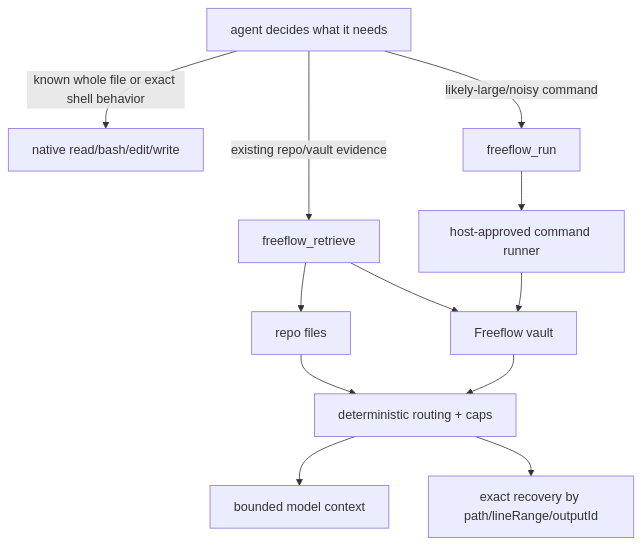
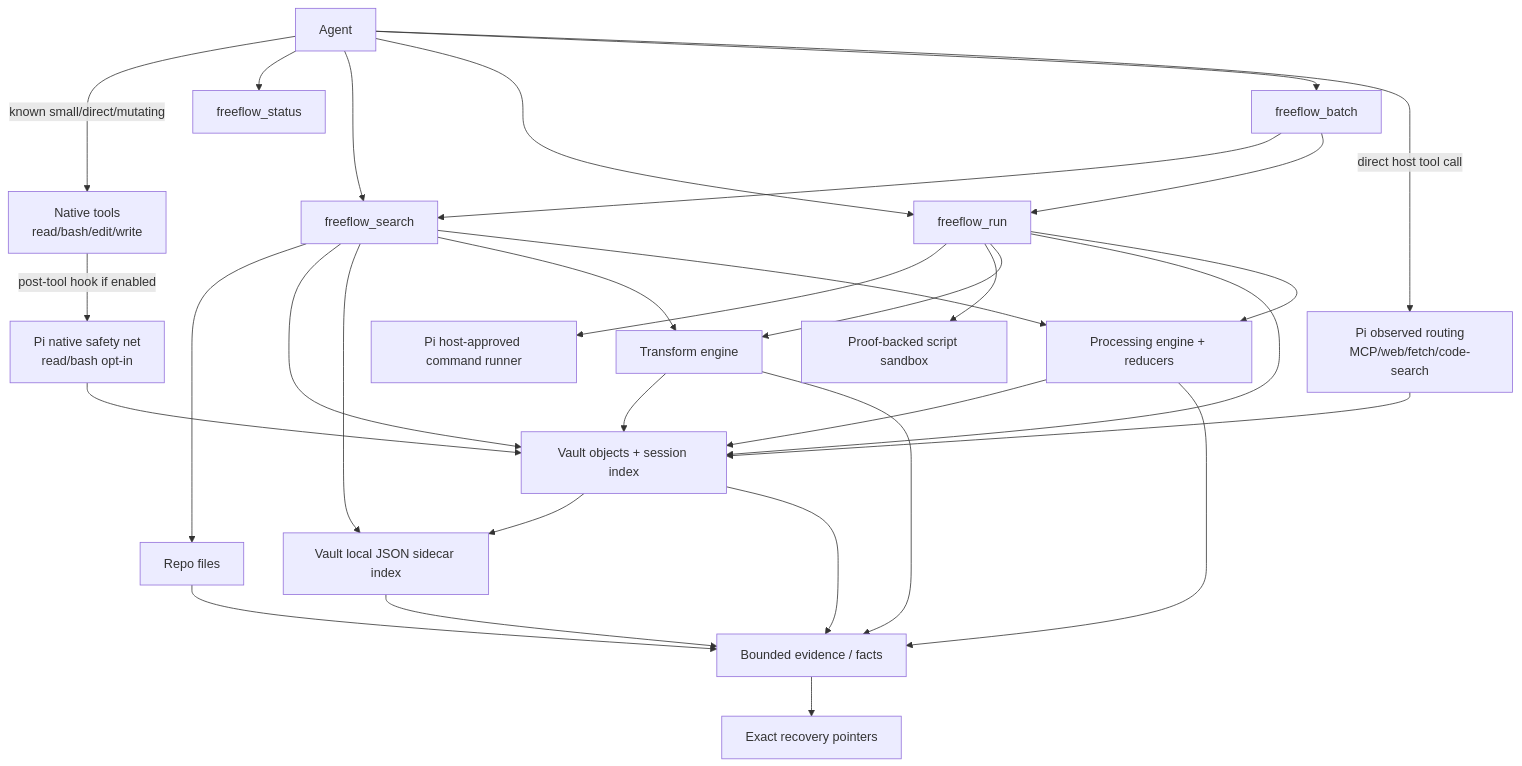
The first of 12 diagrams in docs/designs/freeflow-output-router-architecture.md (hassan-mohiddin/freeflow), drawn with Mermaid before and after one commit. The commit also changed other lines of this file and 28 other files, not shown here.

````diff
--- a/docs/designs/freeflow-output-router-architecture.md
+++ b/docs/designs/freeflow-output-router-architecture.md
@@ -201,25 +113,57 @@
 ```mermaid
 flowchart TD
-  Agent["agent decides what it needs"]
-  Native["native read/bash/edit/write"]
-  Retrieve["freeflow_retrieve"]
-  Run["freeflow_run"]
-  Repo["repo files"]
-  Vault["Freeflow vault"]
-  Runner["host-approved command runner"]
-  Router["deterministic routing + caps"]
-  Context["bounded model context"]
-  Recovery["exact recovery by path/lineRange/outputId"]
+  Agent[Agent]
+  Native[Native tools\nread/bash/edit/write]
+  Status[freeflow_status]
+  Search[freeflow_search]
+  Run[freeflow_run]
+  Batch[freeflow_batch]
+  Observed[Pi observed routing\nMCP/web/fetch/code-search]
+  Safety[Pi native safety net\nread/bash opt-in]
 
-  Agent -->|known whole file or exact shell behavior| Native
-  Agent -->|existing repo/vault evidence| Retrieve
-  Agent -->|likely-large/noisy command| Run
-  Retrieve --> Repo
-  Retrieve --> Vault
-  Run --> Runner
-  Runner --> Vault
-  Repo --> Router
-  Vault --> Router
-  Router --> Context
-  Router --> Recovery
+  Repo[Repo files]
+  HostRunner[Pi host-approved command runner]
+  ScriptSandbox[Proof-backed script sandbox]
+  Transform[Transform engine]
+  Processing[Processing engine + reducers]
+  Vault[Vault objects + session index]
+  VaultIndex[Vault local JSON sidecar index]
+  Evidence[Bounded evidence / facts]
+  Recovery[Exact recovery pointers]
+
+  Agent -->|known small/direct/mutating| Native
+  Agent --> Status
+  Agent --> Search
+  Agent --> Run
+  Agent --> Batch
+  Agent -->|direct host tool call| Observed
+  Native -->|post-tool hook if enabled| Safety
+
+  Search --> Repo
+  Search --> Vault
+  Search --> VaultIndex
+  Search --> Transform
+  Search --> Processing
+
+  Run --> HostRunner
+  Run --> ScriptSandbox
+  Run --> Transform
+  Run --> Vault
+  Run --> Processing
+
+  Batch --> Search
+  Batch --> Run
+
+  Observed --> Vault
+  Safety --> Vault
+  Vault --> VaultIndex
+  Transform --> Vault
+  Processing --> Vault
+
+  Repo --> Evidence
+  Vault --> Evidence
+  VaultIndex --> Evidence
+  Transform --> Evidence
+  Processing --> Evidence
+  Evidence --> Recovery
 ```
````
